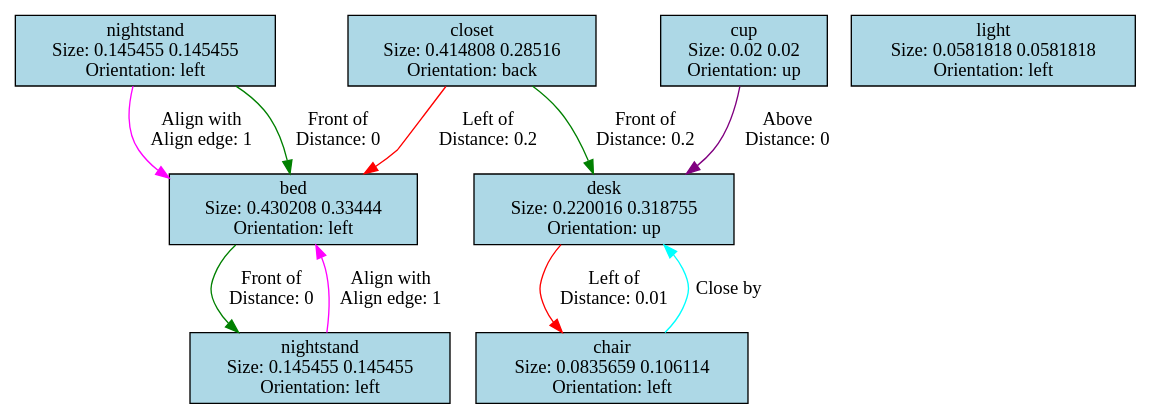
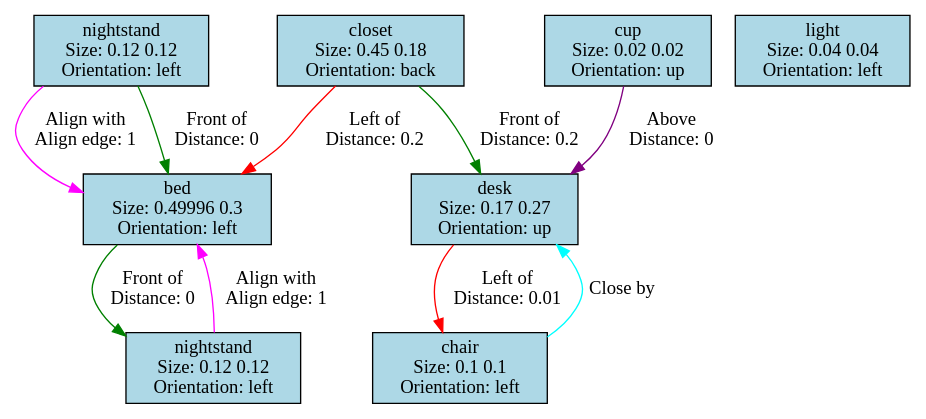
One commit to iambrc/AutoHomePlan changed the diagram in Assets/SceneGraph/graph_out.dot. Above: the diagram before and after it, drawn with Graphviz. The commit also changed 3 other files, not shown here.

```diff
--- a/Assets/SceneGraph/graph_out.dot
+++ b/Assets/SceneGraph/graph_out.dot
@@ -1,19 +1,19 @@
 digraph G {
-0[label="bed\nSize: 0.430208 0.33444\nOrientation: left", shape=rect, style=filled, fillcolor="lightblue", width=0.430208, height=0.33444];
-1[label="nightstand\nSize: 0.145455 0.145455\nOrientation: left", shape=rect, style=filled, fillcolor="lightblue", width=0.145455, height=0.145455];
-2[label="nightstand\nSize: 0.145455 0.145455\nOrientation: left", shape=rect, style=filled, fillcolor="lightblue", width=0.145455, height=0.145455];
-3[label="closet\nSize: 0.414808 0.28516\nOrientation: back", shape=rect, style=filled, fillcolor="lightblue", width=0.414808, height=0.28516];
-4[label="desk\nSize: 0.220016 0.318755\nOrientation: up", shape=rect, style=filled, fillcolor="lightblue", width=0.220016, height=0.318755];
-5[label="chair\nSize: 0.0835659 0.106114\nOrientation: left", shape=rect, style=filled, fillcolor="lightblue", width=0.0835659, height=0.106114];
-6[label="light\nSize: 0.0581818 0.0581818\nOrientation: left", shape=rect, style=filled, fillcolor="lightblue", width=0.0581818, height=0.0581818];
+0[label="bed\nSize: 0.49996 0.3\nOrientation: left", shape=rect, style=filled, fillcolor="lightblue", width=0.49996, height=0.3];
+1[label="nightstand\nSize: 0.12 0.12\nOrientation: left", shape=rect, style=filled, fillcolor="lightblue", width=0.12, height=0.12];
+2[label="nightstand\nSize: 0.12 0.12\nOrientation: left", shape=rect, style=filled, fillcolor="lightblue", width=0.12, height=0.12];
+3[label="closet\nSize: 0.45 0.18\nOrientation: back", shape=rect, style=filled, fillcolor="lightblue", width=0.45, height=0.18];
+4[label="desk\nSize: 0.17 0.27\nOrientation: up", shape=rect, style=filled, fillcolor="lightblue", width=0.17, height=0.27];
+5[label="chair\nSize: 0.1 0.1\nOrientation: left", shape=rect, style=filled, fillcolor="lightblue", width=0.1, height=0.1];
+6[label="light\nSize: 0.04 0.04\nOrientation: left", shape=rect, style=filled, fillcolor="lightblue", width=0.04, height=0.04];
 7[label="cup\nSize: 0.02 0.02\nOrientation: up", shape=rect, style=filled, fillcolor="lightblue", width=0.02, height=0.02];
 0->2 [label="Front of\nDistance: 0\n", color="green"];
 1->0 [label="Align with\nAlign edge: 1\n", color="magenta"];
 1->0 [label="Front of\nDistance: 0\n", color="green"];
 2->0 [label="Align with\nAlign edge: 1\n", color="magenta"];
 3->0 [label="Left of\nDistance: 0.2\n", color="red"];
 3->4 [label="Front of\nDistance: 0.2\n", color="green"];
 4->5 [label="Left of\nDistance: 0.01\n", color="red"];
 5->4 [label="Close by\n", color="cyan"];
 7->4 [label="Above\nDistance: 0\n", color="purple"];
 }
```
